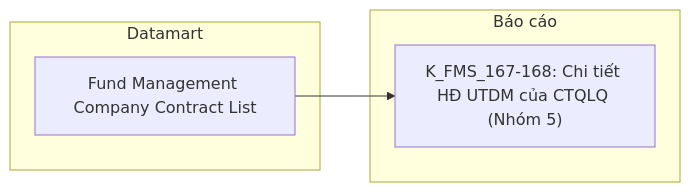
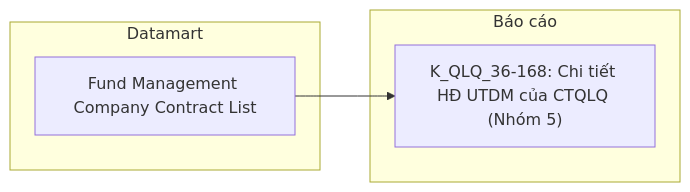
Before and after one commit to linhlvit/ubck_atomic_design: diagram 18 of 37 in Datamart/hld/DTM_QLQ_HLD.md, drawn with Mermaid. The commit also changed other lines of this file and 5 other files, not shown here.

````diff
--- a/Datamart/hld/DTM_QLQ_HLD.md
+++ b/Datamart/hld/DTM_QLQ_HLD.md
@@ -619,10 +619,10 @@
 ```mermaid
 flowchart LR
     subgraph GOLD["Datamart"]
         G1["Fund Management Company Contract List"]
     end
     subgraph RPT["Báo cáo"]
-        R1["K_FMS_167-168: Chi tiết HĐ UTDM của CTQLQ (Nhóm 5)"]
+        R1["K_QLQ_36-168: Chi tiết HĐ UTDM của CTQLQ (Nhóm 5)"]
     end
     G1 --> R1
 ```
````
